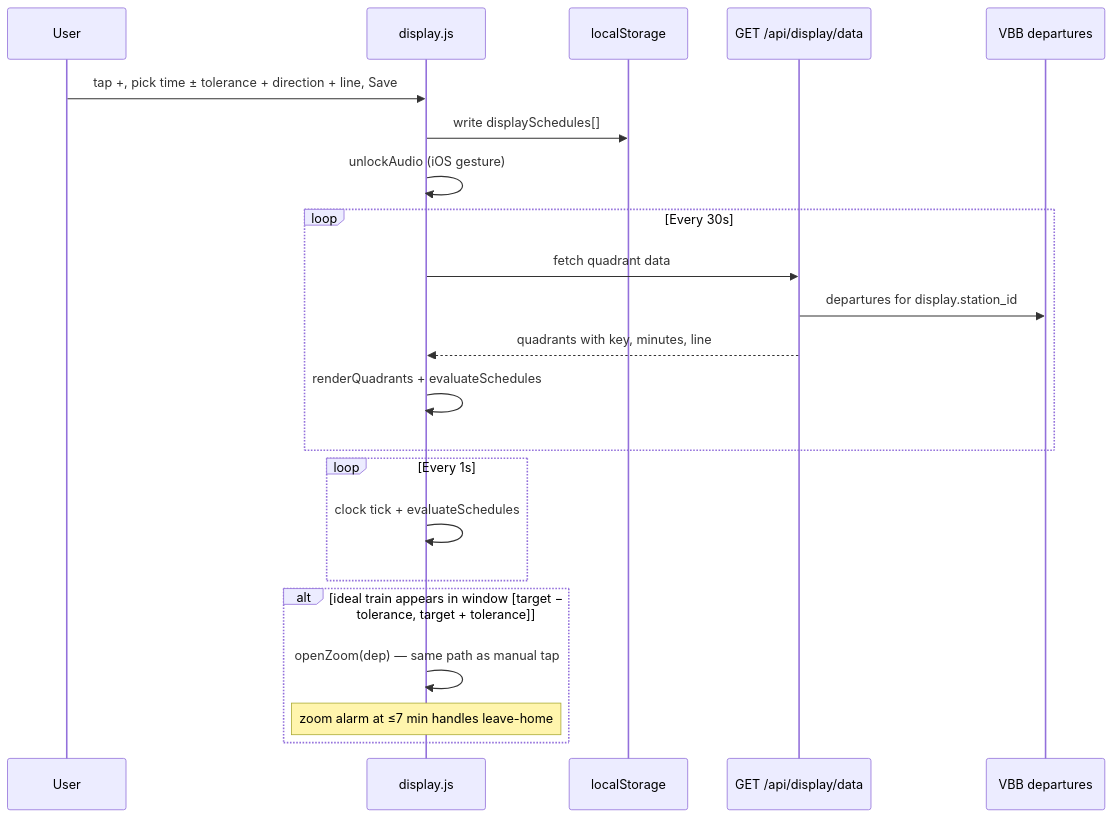
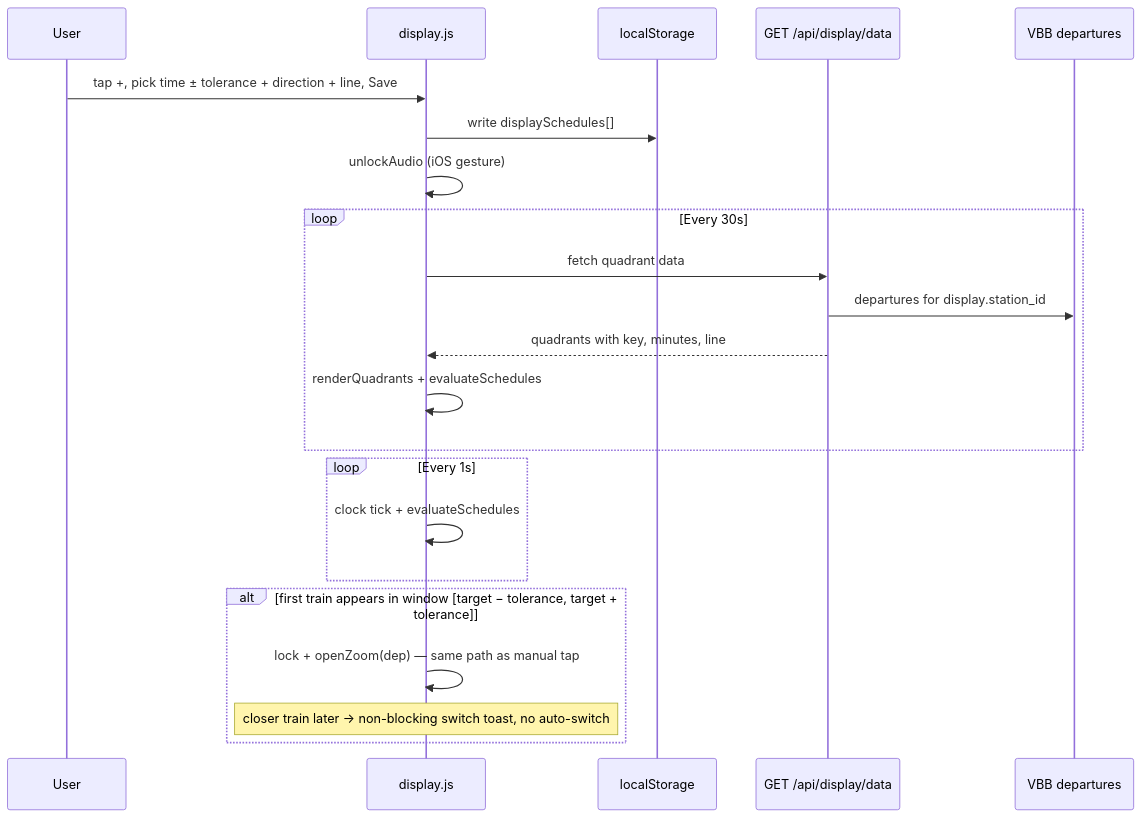
One commit to momonala/trainspotter changed the fourth of 5 diagrams in README.md. Above: the diagram before and after it, drawn with Mermaid. The commit also changed other lines of this file and 3 other files, not shown here.

First line of the commit message:
feat(scheduler): lock reminder to first qualifying train, offer better ones

````diff
--- a/README.md
+++ b/README.md
@@ -163,28 +163,28 @@
 ```mermaid
 sequenceDiagram
   participant User
   participant Display as display.js
   participant LS as localStorage
   participant Flask as GET /api/display/data
   participant VBB as VBB departures
 
   User->>Display: tap +, pick time ± tolerance + direction + line, Save
   Display->>LS: write displaySchedules[]
   Display->>Display: unlockAudio (iOS gesture)
 
   loop Every 30s
     Display->>Flask: fetch quadrant data
     Flask->>VBB: departures for display.station_id
     Flask-->>Display: quadrants with key, minutes, line
     Display->>Display: renderQuadrants + evaluateSchedules
   end
 
   loop Every 1s
     Display->>Display: clock tick + evaluateSchedules
   end
 
-  alt ideal train appears in window [target − tolerance, target + tolerance]
-    Display->>Display: openZoom(dep) — same path as manual tap
-    Note over Display: zoom alarm at ≤7 min handles leave-home
+  alt first train appears in window [target − tolerance, target + tolerance]
+    Display->>Display: lock + openZoom(dep) — same path as manual tap
+    Note over Display: closer train later → non-blocking switch toast, no auto-switch
   end
 ```
````
